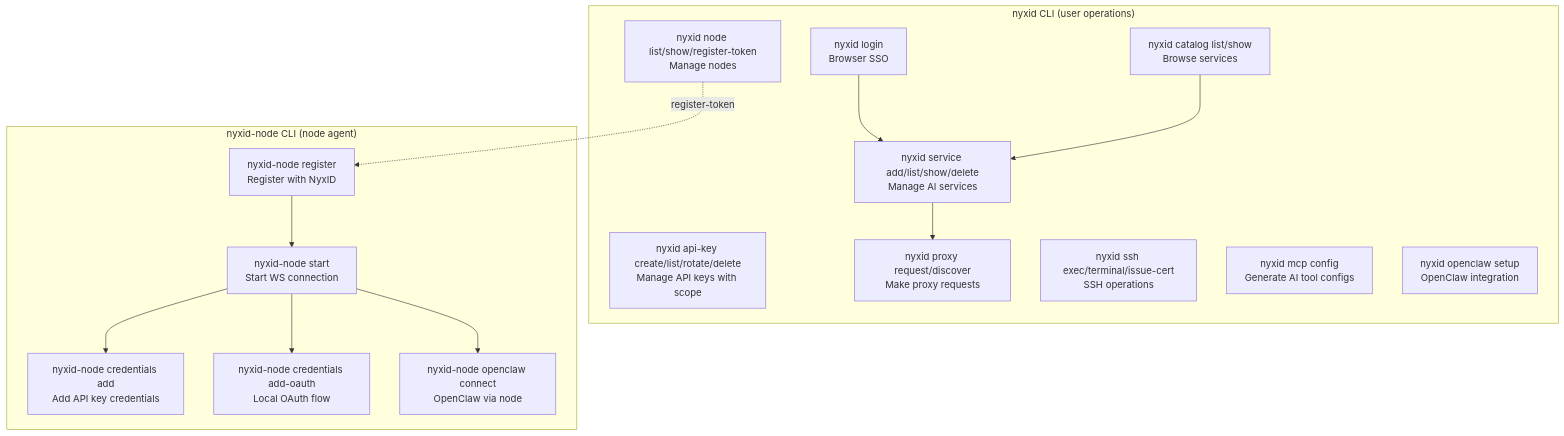
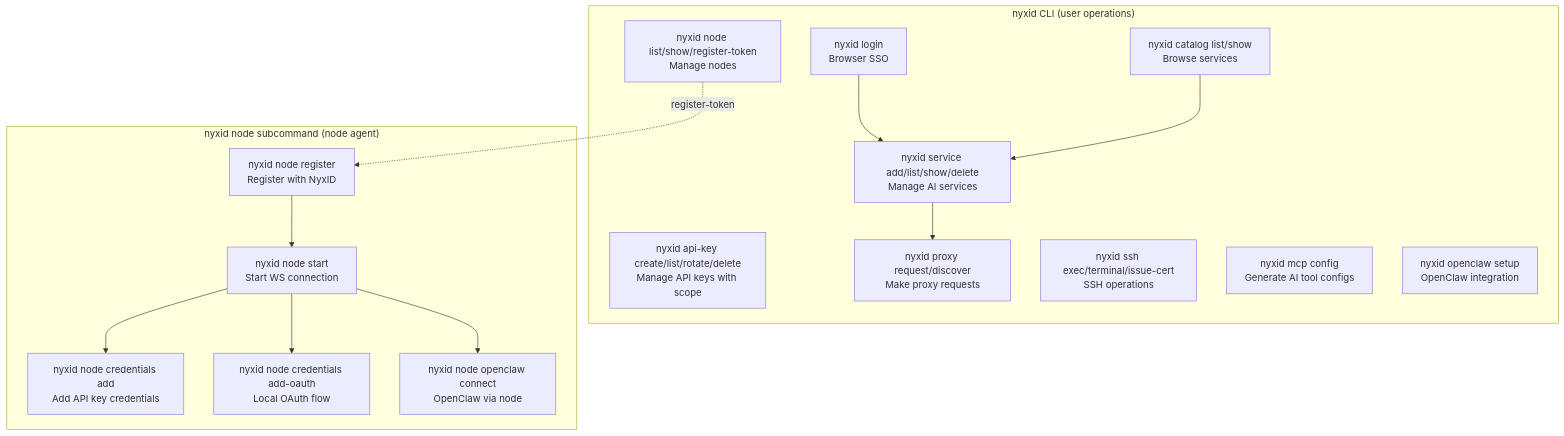
The fifth of 7 diagrams in docs/AI_SERVICES_ARCHITECTURE.md (yonasBSD/NyxID), drawn with Mermaid before and after one commit. The commit also changed other lines of this file and 40 other files, not shown here.

First line of the commit message:
feat: merge nyxid-node into nyxid CLI as node subcommands

````diff
--- a/docs/AI_SERVICES_ARCHITECTURE.md
+++ b/docs/AI_SERVICES_ARCHITECTURE.md
@@ -181,29 +181,29 @@
 ```mermaid
 graph TB
     subgraph "nyxid CLI (user operations)"
         LOGIN["nyxid login<br/>Browser SSO"]
         CATALOG["nyxid catalog list/show<br/>Browse services"]
         SERVICE["nyxid service add/list/show/delete<br/>Manage AI services"]
         APIKEY["nyxid api-key create/list/rotate/delete<br/>Manage API keys with scope"]
         PROXY["nyxid proxy request/discover<br/>Make proxy requests"]
         SSH_CMD["nyxid ssh exec/terminal/issue-cert<br/>SSH operations"]
         MCP["nyxid mcp config<br/>Generate AI tool configs"]
         NODE_CMD["nyxid node list/show/register-token<br/>Manage nodes"]
         OPENCLAW["nyxid openclaw setup<br/>OpenClaw integration"]
     end
 
-    subgraph "nyxid-node CLI (node agent)"
-        REGISTER["nyxid-node register<br/>Register with NyxID"]
-        START["nyxid-node start<br/>Start WS connection"]
-        CREDS["nyxid-node credentials add<br/>Add API key credentials"]
-        OAUTH_NODE["nyxid-node credentials add-oauth<br/>Local OAuth flow"]
-        OC_NODE["nyxid-node openclaw connect<br/>OpenClaw via node"]
+    subgraph "nyxid node subcommand (node agent)"
+        REGISTER["nyxid node register<br/>Register with NyxID"]
+        START["nyxid node start<br/>Start WS connection"]
+        CREDS["nyxid node credentials add<br/>Add API key credentials"]
+        OAUTH_NODE["nyxid node credentials add-oauth<br/>Local OAuth flow"]
+        OC_NODE["nyxid node openclaw connect<br/>OpenClaw via node"]
     end
 
     LOGIN --> SERVICE
     CATALOG --> SERVICE
     SERVICE --> PROXY
     NODE_CMD -.->|"register-token"| REGISTER
     REGISTER --> START
     START --> CREDS & OAUTH_NODE & OC_NODE
 ```
````
